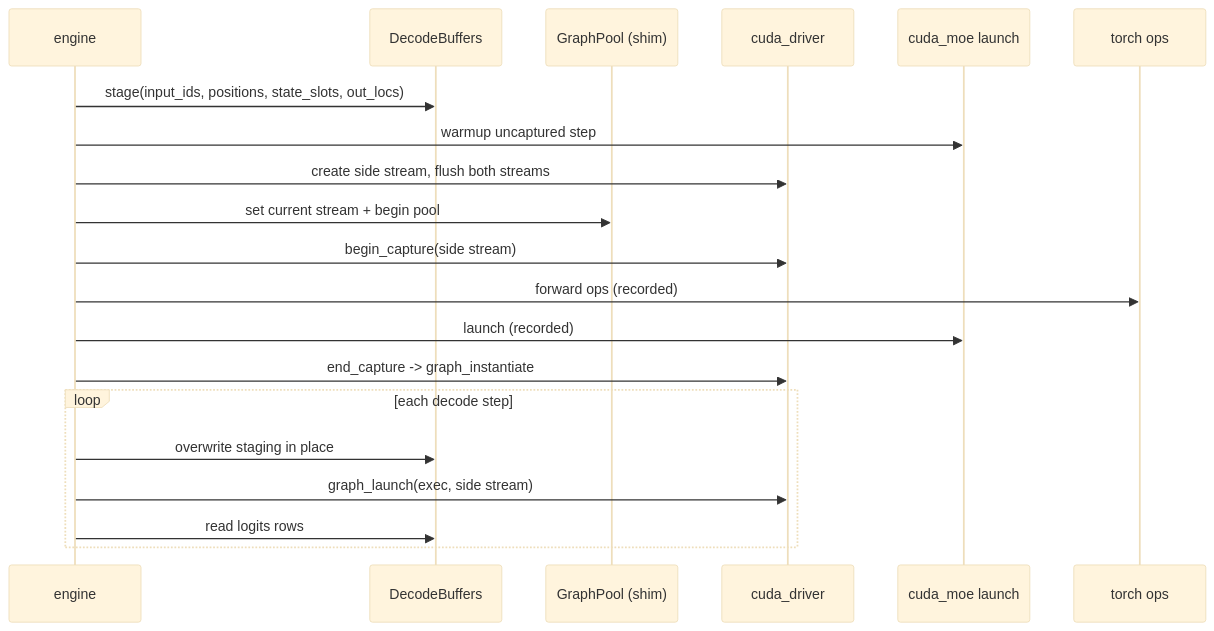
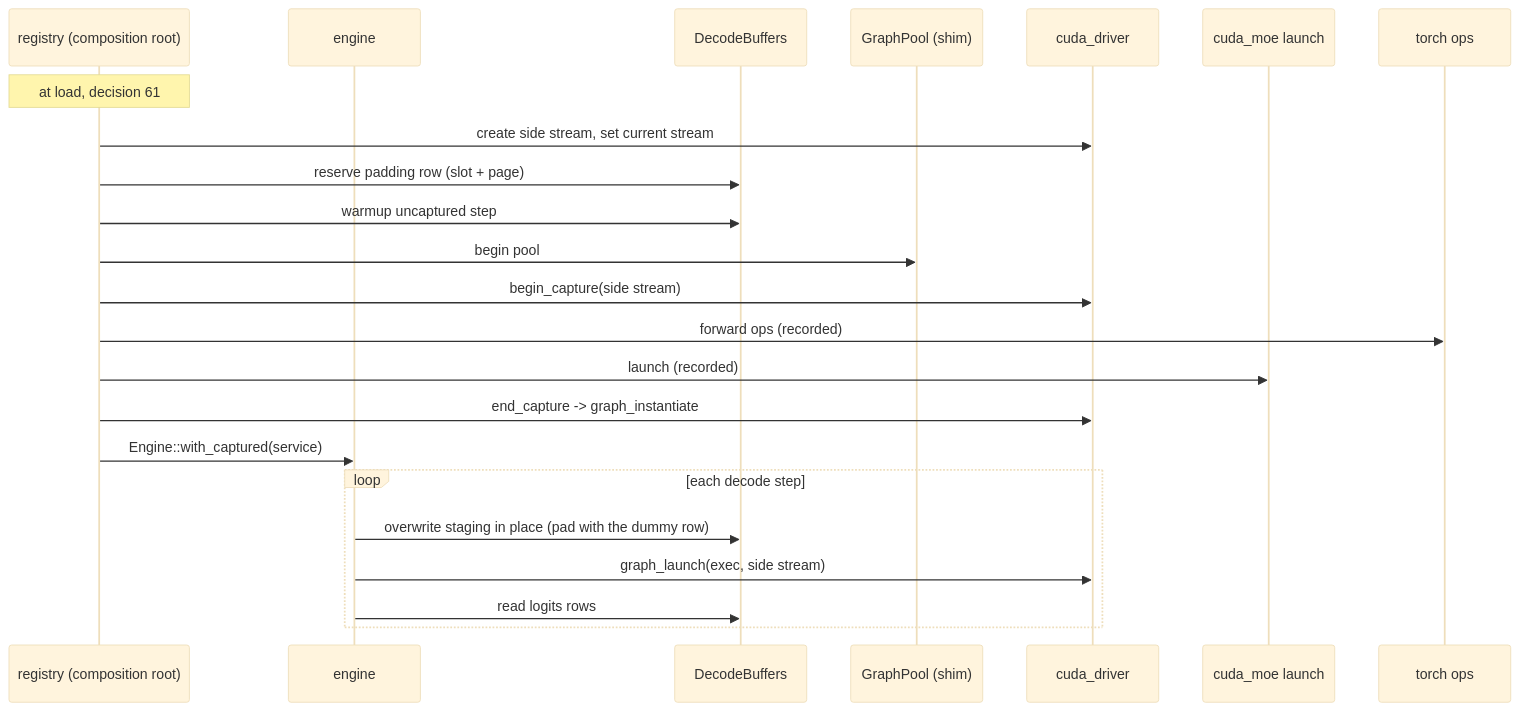
One commit to butzist/ferrum-torrens changed diagram 17 of 17 in ARCHITECTURE.md. Above: the diagram before and after it, drawn with Mermaid (base theme). The commit also changed other lines of this file and 14 other files, not shown here.

Commit message:
feat(decode): let the engine own the captured decode buffers and graphs

````diff
--- a/ARCHITECTURE.md
+++ b/ARCHITECTURE.md
@@ -563,22 +568,25 @@
 ```mermaid
 sequenceDiagram
+  participant Root as registry (composition root)
   participant Eng as engine
   participant DB as DecodeBuffers
   participant GP as GraphPool (shim)
   participant DR as cuda_driver
   participant MoE as cuda_moe launch
   participant Torch as torch ops
-  Eng->>DB: stage(input_ids, positions, state_slots, out_locs)
-  Eng->>MoE: warmup uncaptured step
-  Eng->>DR: create side stream, flush both streams
-  Eng->>GP: set current stream + begin pool
-  Eng->>DR: begin_capture(side stream)
-  Eng->>Torch: forward ops (recorded)
-  Eng->>MoE: launch (recorded)
-  Eng->>DR: end_capture -> graph_instantiate
+  Note over Root: at load, decision 61
+  Root->>DR: create side stream, set current stream
+  Root->>DB: reserve padding row (slot + page)
+  Root->>DB: warmup uncaptured step
+  Root->>GP: begin pool
+  Root->>DR: begin_capture(side stream)
+  Root->>Torch: forward ops (recorded)
+  Root->>MoE: launch (recorded)
+  Root->>DR: end_capture -> graph_instantiate
+  Root->>Eng: Engine::with_captured(service)
   loop each decode step
-    Eng->>DB: overwrite staging in place
+    Eng->>DB: overwrite staging in place (pad with the dummy row)
     Eng->>DR: graph_launch(exec, side stream)
     Eng->>DB: read logits rows
   end
 ```
````
